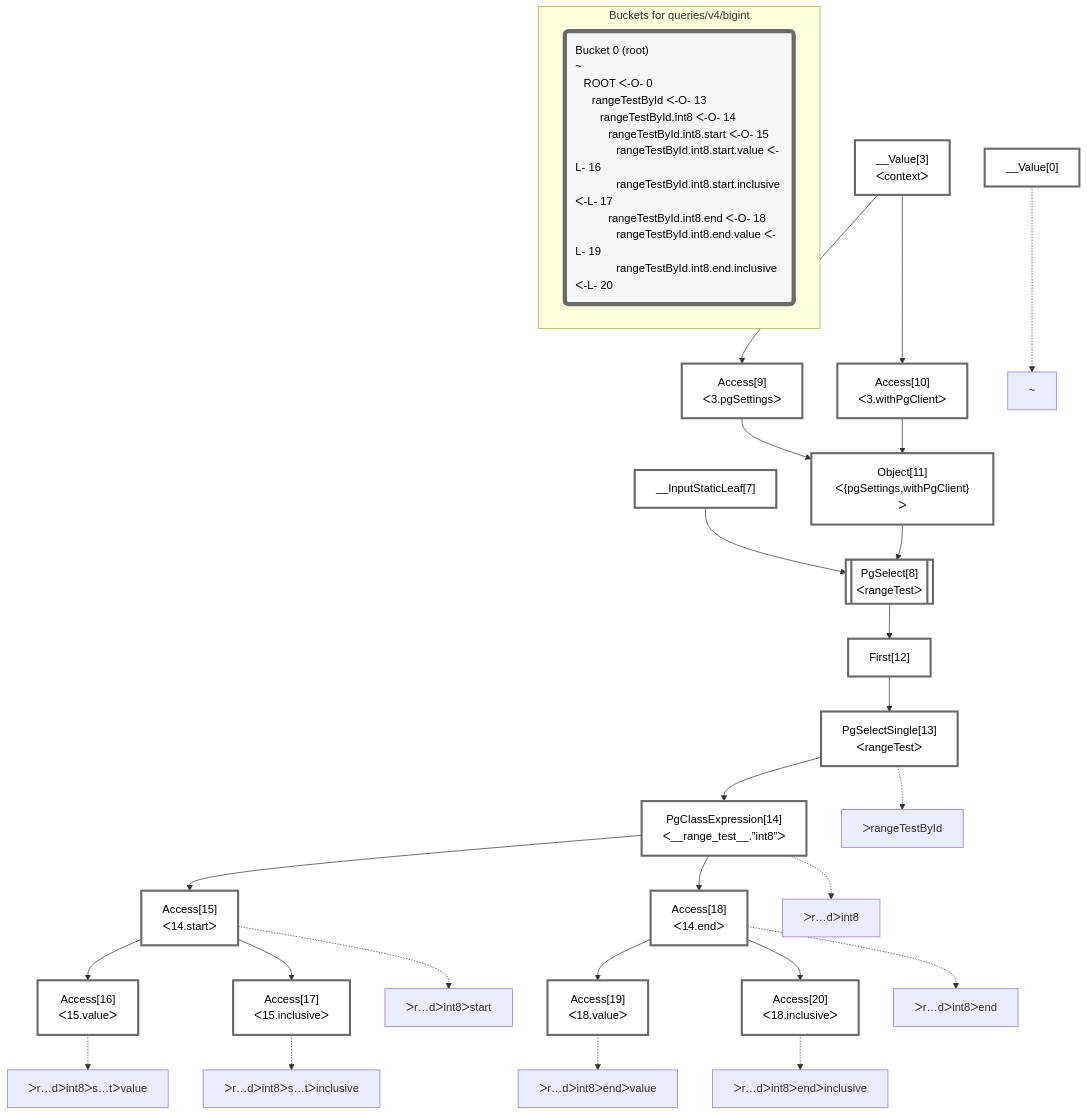
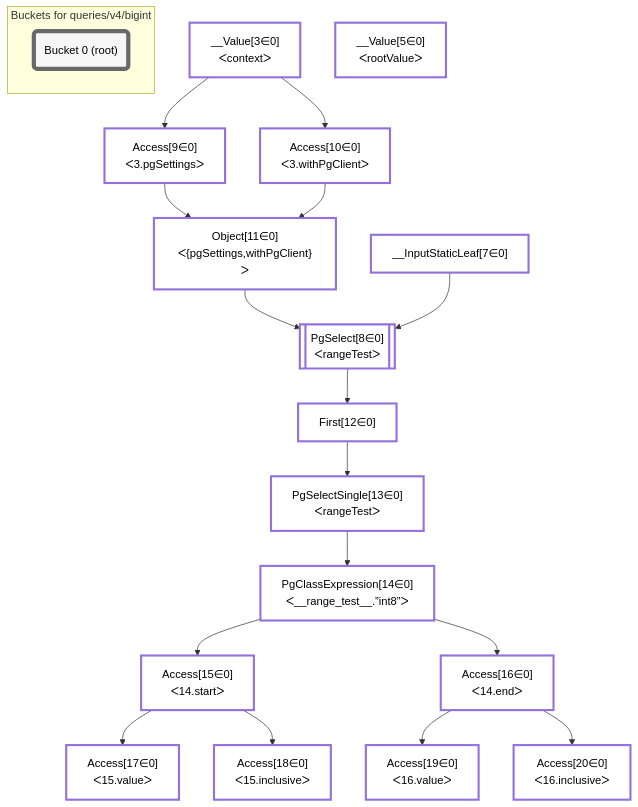
Before and after one commit to graphile/crystal: the diagram in packages/postgraphile/__tests__/queries/v4/bigint.mermaid, drawn with Mermaid. The commit also changed 2 other files, not shown here.

Commit message:
Update plan snapshots

```diff
--- a/packages/postgraphile/__tests__/queries/v4/bigint.mermaid
+++ b/packages/postgraphile/__tests__/queries/v4/bigint.mermaid
@@ -1,66 +1,48 @@
 graph TD
     classDef path fill:#eee,stroke:#000,color:#000
     classDef plan fill:#fff,stroke-width:3px,color:#000
     classDef itemplan fill:#fff,stroke-width:6px,color:#000
     classDef sideeffectplan fill:#f00,stroke-width:6px,color:#000
     classDef bucket fill:#f6f6f6,color:#000,stroke-width:6px,text-align:left
 
 
-    %% define plans
-    __Value0["__Value[0]"]:::plan
-    __Value3["__Value[3]<br />ᐸcontextᐳ"]:::plan
-    __InputStaticLeaf7["__InputStaticLeaf[7]"]:::plan
-    Access9["Access[9]<br />ᐸ3.pgSettingsᐳ"]:::plan
-    Access10["Access[10]<br />ᐸ3.withPgClientᐳ"]:::plan
-    Object11["Object[11]<br />ᐸ{pgSettings,withPgClient}ᐳ"]:::plan
-    PgSelect8[["PgSelect[8]<br />ᐸrangeTestᐳ"]]:::plan
-    First12["First[12]"]:::plan
-    PgSelectSingle13["PgSelectSingle[13]<br />ᐸrangeTestᐳ"]:::plan
-    PgClassExpression14["PgClassExpression[14]<br />ᐸ__range_test__.”int8”ᐳ"]:::plan
-    Access15["Access[15]<br />ᐸ14.startᐳ"]:::plan
-    Access16["Access[16]<br />ᐸ15.valueᐳ"]:::plan
-    Access17["Access[17]<br />ᐸ15.inclusiveᐳ"]:::plan
-    Access18["Access[18]<br />ᐸ14.endᐳ"]:::plan
-    Access19["Access[19]<br />ᐸ18.valueᐳ"]:::plan
-    Access20["Access[20]<br />ᐸ18.inclusiveᐳ"]:::plan
+    %% define steps
+    __Value3["__Value[3∈0]<br />ᐸcontextᐳ"]:::plan
+    __Value5["__Value[5∈0]<br />ᐸrootValueᐳ"]:::plan
+    __InputStaticLeaf7["__InputStaticLeaf[7∈0]"]:::plan
+    Access9["Access[9∈0]<br />ᐸ3.pgSettingsᐳ"]:::plan
+    Access10["Access[10∈0]<br />ᐸ3.withPgClientᐳ"]:::plan
+    Object11["Object[11∈0]<br />ᐸ{pgSettings,withPgClient}ᐳ"]:::plan
+    PgSelect8[["PgSelect[8∈0]<br />ᐸrangeTestᐳ"]]:::plan
+    First12["First[12∈0]"]:::plan
+    PgSelectSingle13["PgSelectSingle[13∈0]<br />ᐸrangeTestᐳ"]:::plan
+    PgClassExpression14["PgClassExpression[14∈0]<br />ᐸ__range_test__.”int8”ᐳ"]:::plan
+    Access15["Access[15∈0]<br />ᐸ14.startᐳ"]:::plan
+    Access16["Access[16∈0]<br />ᐸ14.endᐳ"]:::plan
+    Access17["Access[17∈0]<br />ᐸ15.valueᐳ"]:::plan
+    Access18["Access[18∈0]<br />ᐸ15.inclusiveᐳ"]:::plan
+    Access19["Access[19∈0]<br />ᐸ16.valueᐳ"]:::plan
+    Access20["Access[20∈0]<br />ᐸ16.inclusiveᐳ"]:::plan
 
     %% plan dependencies
     __Value3 --> Access9
     __Value3 --> Access10
     Access9 & Access10 --> Object11
     Object11 & __InputStaticLeaf7 --> PgSelect8
     PgSelect8 --> First12
     First12 --> PgSelectSingle13
     PgSelectSingle13 --> PgClassExpression14
     PgClassExpression14 --> Access15
-    Access15 --> Access16
+    PgClassExpression14 --> Access16
     Access15 --> Access17
-    PgClassExpression14 --> Access18
-    Access18 --> Access19
-    Access18 --> Access20
+    Access15 --> Access18
+    Access16 --> Access19
+    Access16 --> Access20
 
     %% plan-to-path relationships
-    P0["~"]
-    __Value0 -.-> P0
-    P13["ᐳrangeTestById"]
-    PgSelectSingle13 -.-> P13
-    P14["ᐳr…dᐳint8"]
-    PgClassExpression14 -.-> P14
-    P15["ᐳr…dᐳint8ᐳstart"]
-    Access15 -.-> P15
-    P16["ᐳr…dᐳint8ᐳs…tᐳvalue"]
-    Access16 -.-> P16
-    P17["ᐳr…dᐳint8ᐳs…tᐳinclusive"]
-    Access17 -.-> P17
-    P18["ᐳr…dᐳint8ᐳend"]
-    Access18 -.-> P18
-    P19["ᐳr…dᐳint8ᐳendᐳvalue"]
-    Access19 -.-> P19
-    P20["ᐳr…dᐳint8ᐳendᐳinclusive"]
-    Access20 -.-> P20
 
     subgraph "Buckets for queries/v4/bigint"
-    Bucket0("Bucket 0 (root)<br />~<br />⠀ROOT ᐸ-O- 0<br />⠀⠀rangeTestById ᐸ-O- 13<br />⠀⠀⠀rangeTestById.int8 ᐸ-O- 14<br />⠀⠀⠀⠀rangeTestById.int8.start ᐸ-O- 15<br />⠀⠀⠀⠀⠀rangeTestById.int8.start.value ᐸ-L- 16<br />⠀⠀⠀⠀⠀rangeTestById.int8.start.inclusive ᐸ-L- 17<br />⠀⠀⠀⠀rangeTestById.int8.end ᐸ-O- 18<br />⠀⠀⠀⠀⠀rangeTestById.int8.end.value ᐸ-L- 19<br />⠀⠀⠀⠀⠀rangeTestById.int8.end.inclusive ᐸ-L- 20"):::bucket
+    Bucket0("Bucket 0 (root)"):::bucket
     classDef bucket0 stroke:#696969
-    class Bucket0,__Value0,__Value3,__InputStaticLeaf7,PgSelect8,Access9,Access10,Object11,First12,PgSelectSingle13,PgClassExpression14,Access15,Access16,Access17,Access18,Access19,Access20 bucket0
+    class Bucket0 bucket0
     end
```
